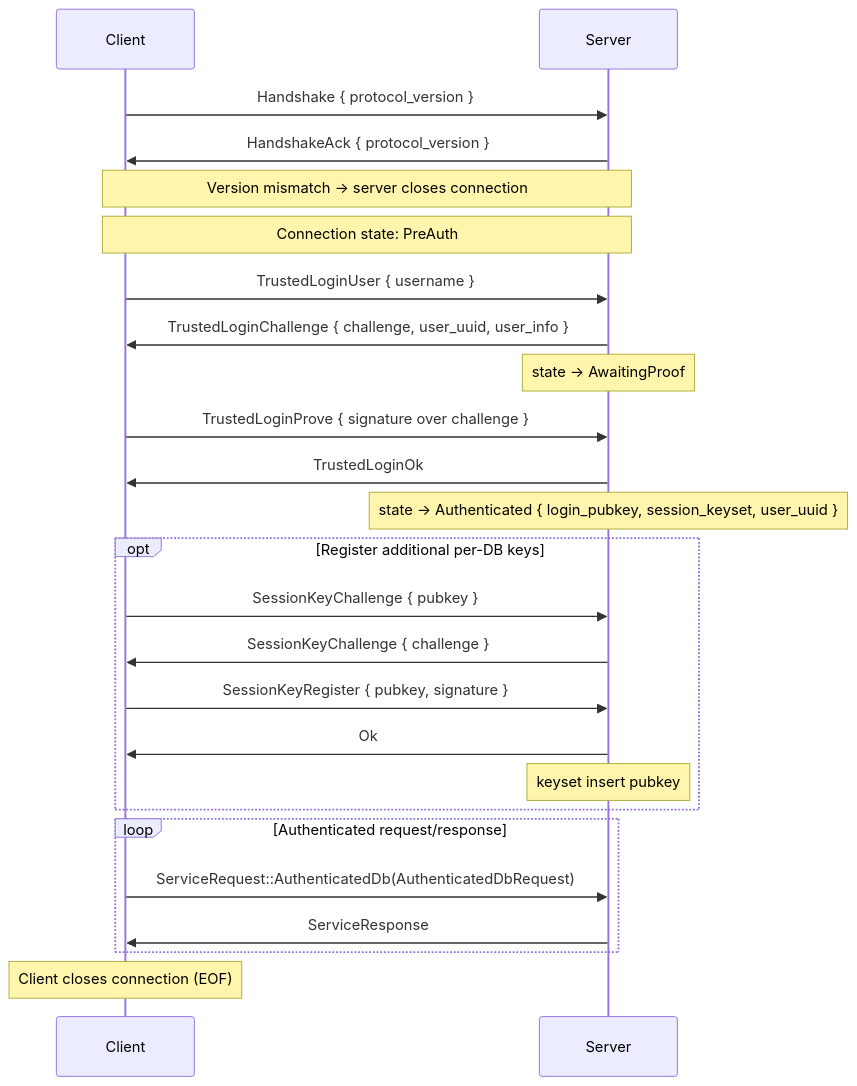
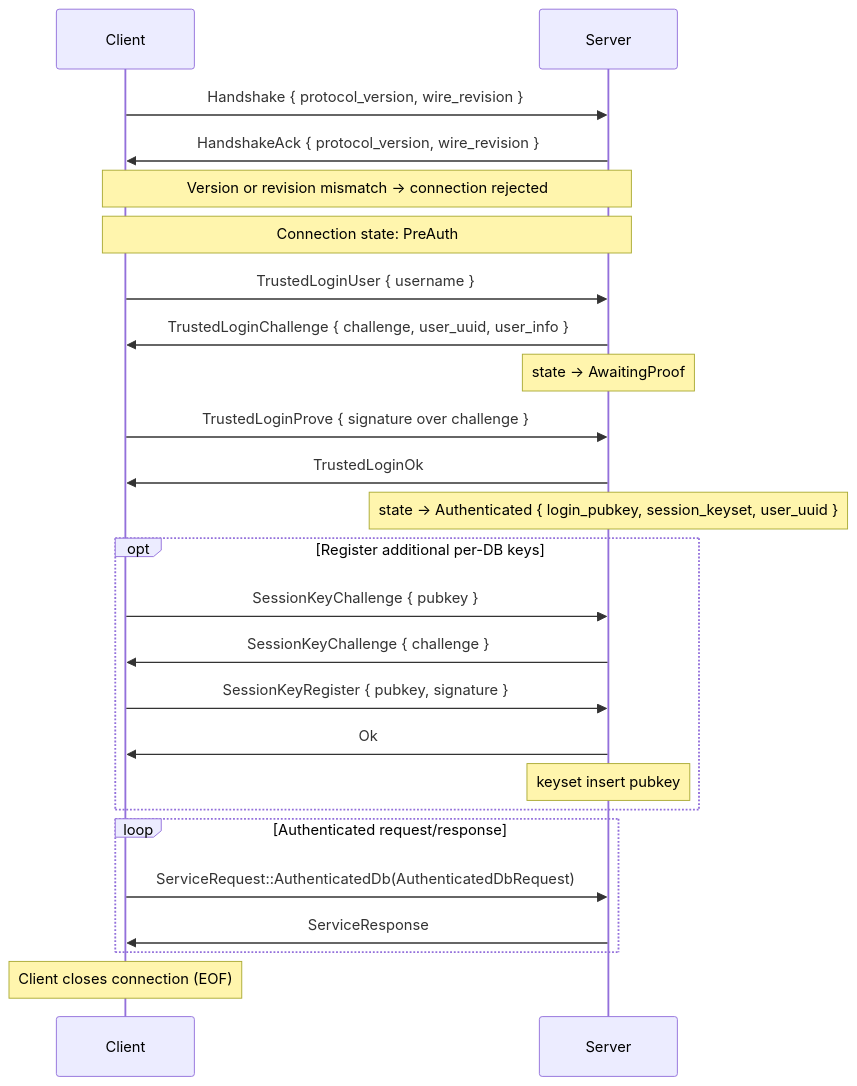
The second of 2 diagrams in docs/src/internal/service.md (arcuru/eidetica), drawn with Mermaid before and after one commit. The commit also changed other lines of this file and 16 other files, not shown here.

````diff
--- a/docs/src/internal/service.md
+++ b/docs/src/internal/service.md
@@ -50,33 +58,33 @@
 ```mermaid
 sequenceDiagram
     participant C as Client
     participant S as Server
 
-    C->>S: Handshake { protocol_version }
-    S->>C: HandshakeAck { protocol_version }
-    Note over C,S: Version mismatch → server closes connection
+    C->>S: Handshake { protocol_version, wire_revision }
+    S->>C: HandshakeAck { protocol_version, wire_revision }
+    Note over C,S: Version or revision mismatch → connection rejected
 
     Note over C,S: Connection state: PreAuth
 
     C->>S: TrustedLoginUser { username }
     S->>C: TrustedLoginChallenge { challenge, user_uuid, user_info }
     Note over S: state → AwaitingProof
     C->>S: TrustedLoginProve { signature over challenge }
     S->>C: TrustedLoginOk
     Note over S: state → Authenticated { login_pubkey, session_keyset, user_uuid }
 
     opt Register additional per-DB keys
         C->>S: SessionKeyChallenge { pubkey }
         S->>C: SessionKeyChallenge { challenge }
         C->>S: SessionKeyRegister { pubkey, signature }
         S->>C: Ok
         Note over S: keyset insert pubkey
     end
 
     loop Authenticated request/response
         C->>S: ServiceRequest::AuthenticatedDb(AuthenticatedDbRequest)
         S->>C: ServiceResponse
     end
 
     Note over C: Client closes connection (EOF)
 ```
````
